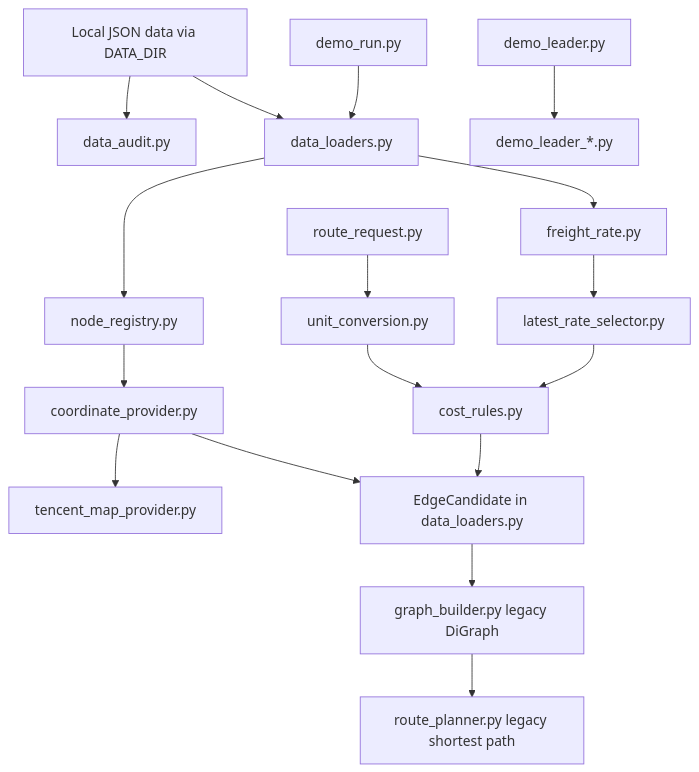
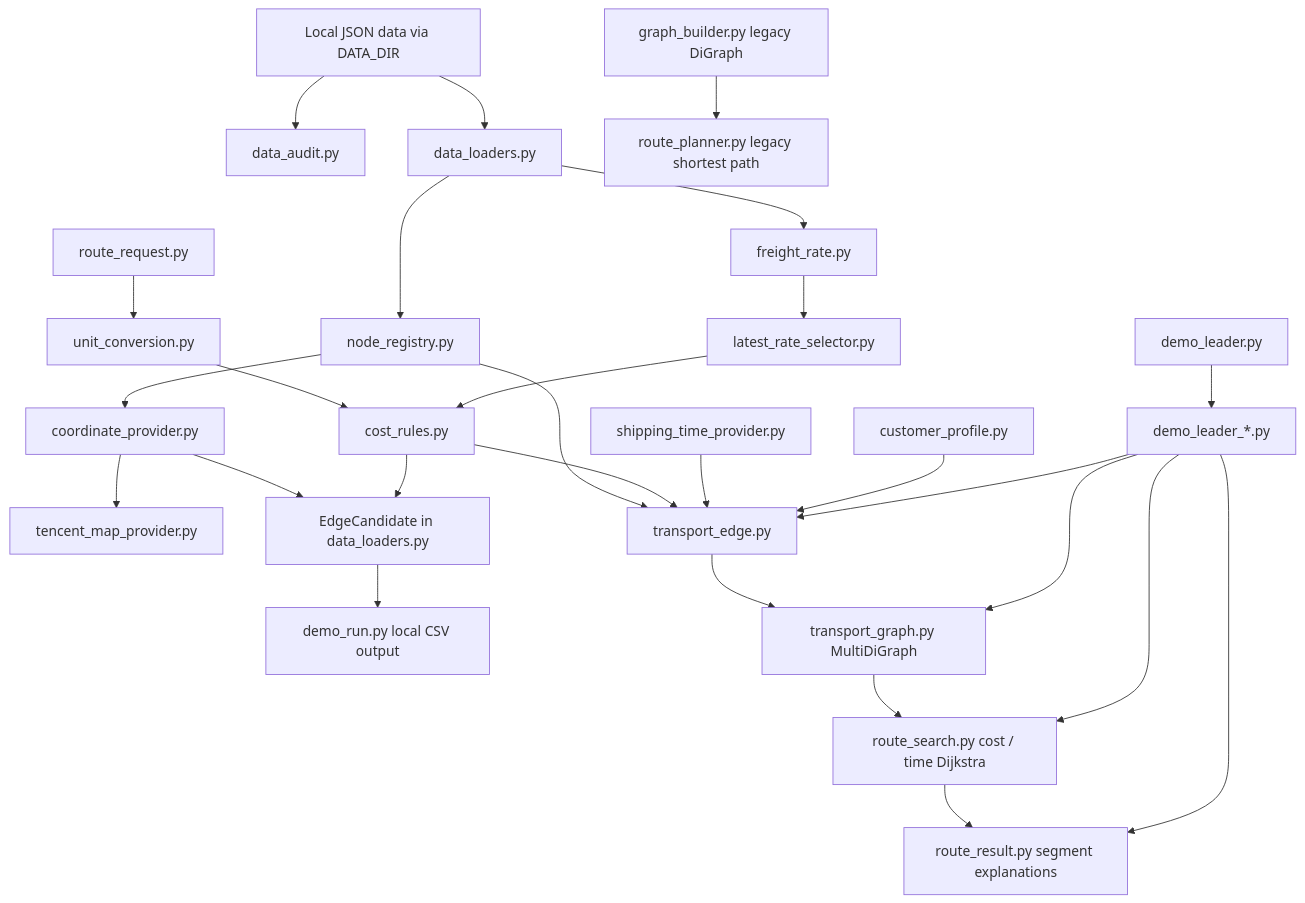
Before and after one commit to yumenou92-netizen/From-Port-to-Factory-A-Project-on-Transport-Route-Inference-Based-on-an-Open-Mapping-Platform: the first of 2 diagrams in docs/ARCHITECTURE.md, drawn with Mermaid. The commit also changed other lines of this file and 26 other files, not shown here.

````diff
--- a/docs/ARCHITECTURE.md
+++ b/docs/ARCHITECTURE.md
@@ -9,24 +9,36 @@
 ```mermaid
 flowchart TD
     A["Local JSON data via DATA_DIR"] --> B["data_audit.py"]
     A --> C["data_loaders.py"]
 
     C --> D["node_registry.py"]
     D --> D2["coordinate_provider.py"]
     D2 --> D3["tencent_map_provider.py"]
     C --> E["freight_rate.py"]
     E --> E2["latest_rate_selector.py"]
 
     F["route_request.py"] --> G["unit_conversion.py"]
     G --> H["cost_rules.py"]
     E2 --> H
+    T["shipping_time_provider.py"]
+    P["customer_profile.py"]
 
     D2 --> I["EdgeCandidate in data_loaders.py"]
     H --> I
+    I --> O["demo_run.py local CSV output"]
 
-    I --> J["graph_builder.py legacy DiGraph"]
-    J --> K["route_planner.py legacy shortest path"]
+    D --> U["transport_edge.py"]
+    H --> U
+    T --> U
+    P --> U
+    U --> V["transport_graph.py MultiDiGraph"]
+    V --> W["route_search.py cost / time Dijkstra"]
+    W --> X["route_result.py segment explanations"]
 
-    L["demo_run.py"] --> C
+    J["graph_builder.py legacy DiGraph"] --> K["route_planner.py legacy shortest path"]
     M["demo_leader.py"] --> N["demo_leader_*.py"]
+    N --> U
+    N --> V
+    N --> W
+    N --> X
 ```
````
